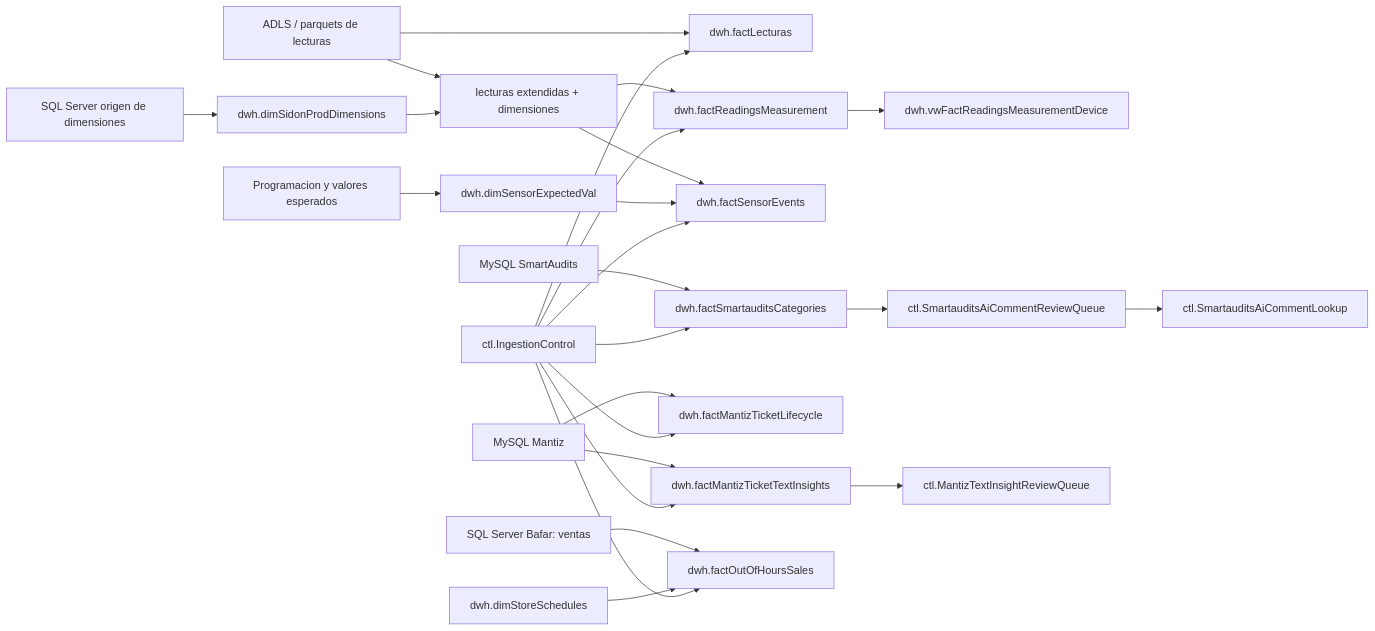
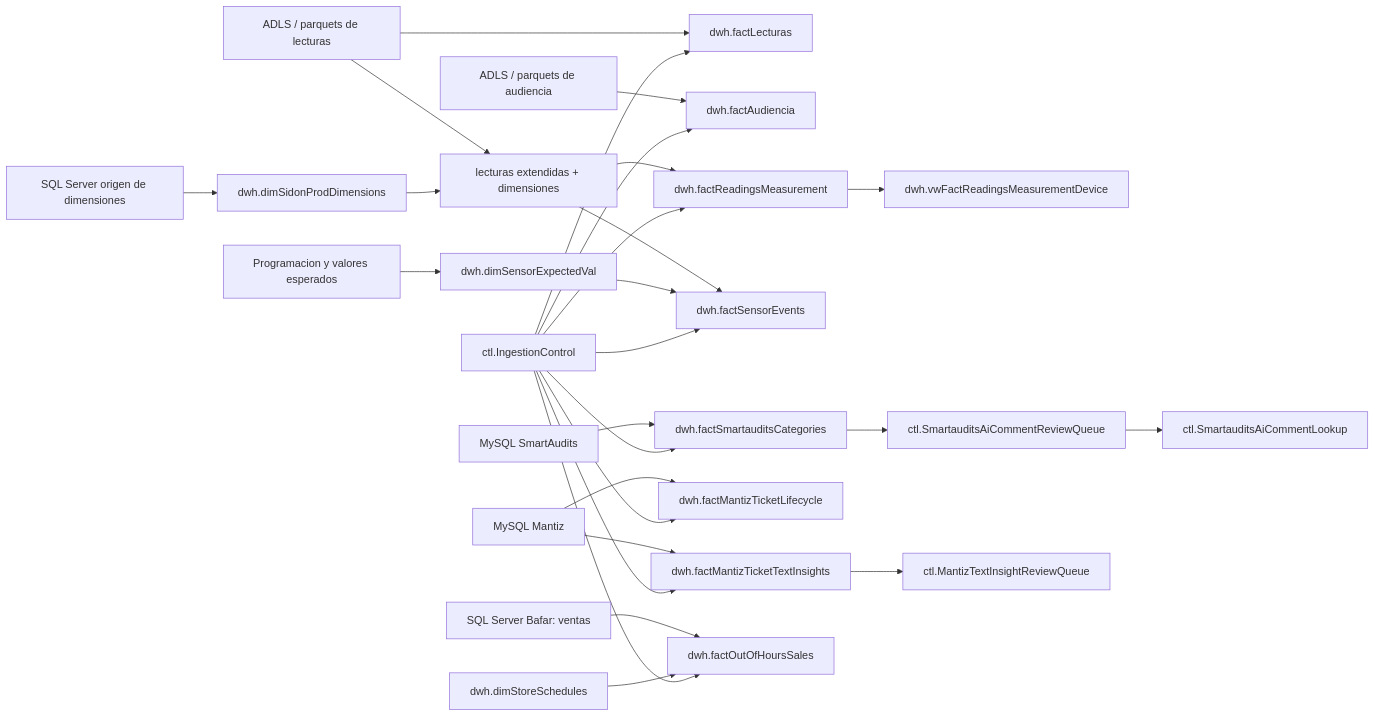
One commit to leotrevizo37/data-etls changed the diagram in docs/architecture/data_flow.md. Above: the diagram before and after it, drawn with Mermaid. The commit also changed other lines of this file and 4 other files, not shown here.

Commit message:
docs: se agrega documentacion de factAudiencia

````diff
--- a/docs/architecture/data_flow.md
+++ b/docs/architecture/data_flow.md
@@ -5,33 +5,35 @@
 ```mermaid
 flowchart LR
   adls["ADLS / parquets de lecturas"] --> factLecturas["dwh.factLecturas"]
   adls --> readingsExtended["lecturas extendidas + dimensiones"]
+  audience["ADLS / parquets de audiencia"] --> factAudiencia["dwh.factAudiencia"]
   sqlDims["SQL Server origen de dimensiones"] --> dimSidon["dwh.dimSidonProdDimensions"]
   sqlSchedule["Programacion y valores esperados"] --> expected["dwh.dimSensorExpectedVal"]
 
   dimSidon --> readingsExtended
   readingsExtended --> measurements["dwh.factReadingsMeasurement"]
   measurements --> deviceView["dwh.vwFactReadingsMeasurementDevice"]
 
   readingsExtended --> sensorEvents["dwh.factSensorEvents"]
   expected --> sensorEvents
 
   smartauditsMySql["MySQL SmartAudits"] --> smartauditsFact["dwh.factSmartauditsCategories"]
   smartauditsFact --> smartauditsReview["ctl.SmartauditsAiCommentReviewQueue"]
   smartauditsReview --> smartauditsLookup["ctl.SmartauditsAiCommentLookup"]
 
   mantizMySql["MySQL Mantiz"] --> mantizLifecycle["dwh.factMantizTicketLifecycle"]
   mantizMySql --> mantizInsights["dwh.factMantizTicketTextInsights"]
   mantizInsights --> mantizReview["ctl.MantizTextInsightReviewQueue"]
 
   bafarSales["SQL Server Bafar: ventas"] --> outOfHoursSales["dwh.factOutOfHoursSales"]
   bafarSchedules["dwh.dimStoreSchedules"] --> outOfHoursSales
 
   control["ctl.IngestionControl"] --> factLecturas
+  control --> factAudiencia
   control --> measurements
   control --> sensorEvents
   control --> smartauditsFact
   control --> mantizLifecycle
   control --> mantizInsights
   control --> outOfHoursSales
 ```
````
